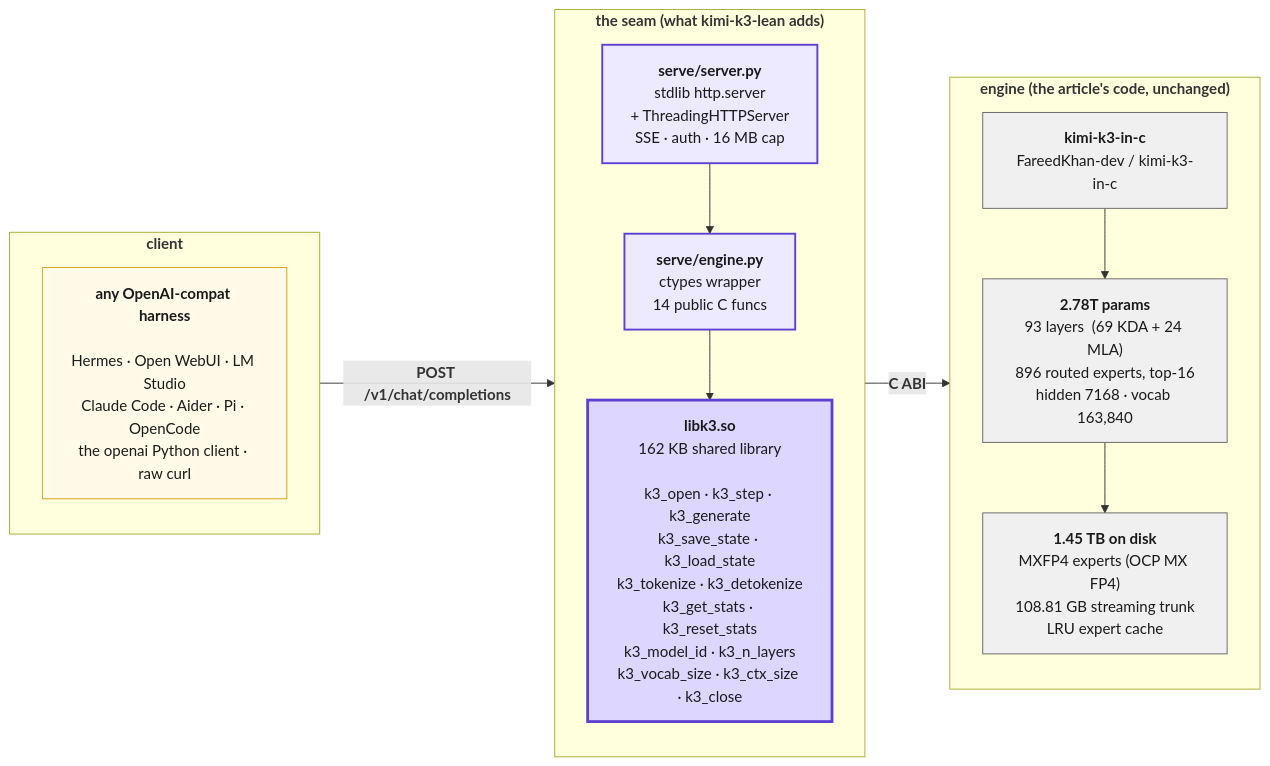
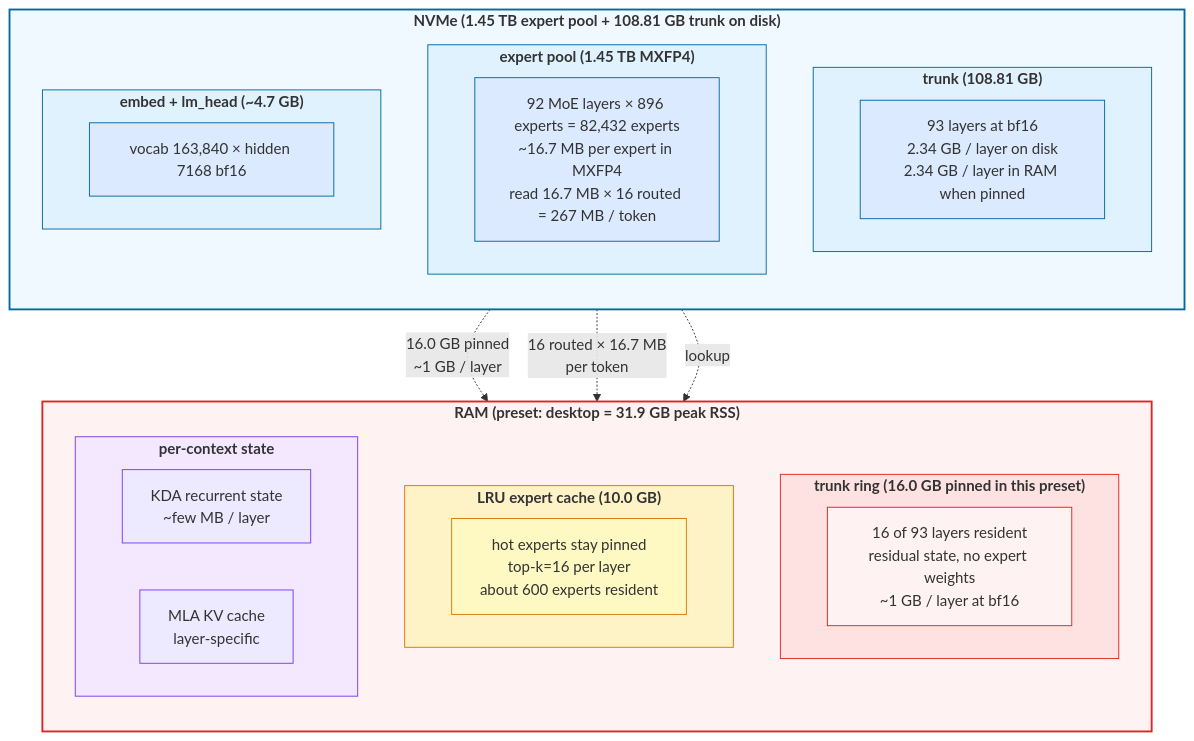
One commit to chazhyseni/kimi-k3-lean changed the second of 2 diagrams in README.md. Above: the diagram before and after it, drawn with Mermaid. The commit also changed other lines of this file, not shown here.

First line of the commit message:
Architecture: replace labels with data-dense diagrams

````diff
--- a/README.md
+++ b/README.md
@@ -143,46 +198,58 @@
 ```mermaid
 %%{init: {'theme': 'base', 'themeVariables': {
   'primaryColor': '#f5f3ff',
   'primaryBorderColor': '#5d3fd3',
   'primaryTextColor': '#1a1a1a',
   'lineColor': '#5d3fd3',
-  'tertiaryColor': '#f0fdf4',
   'fontFamily': 'Helvetica, Arial, sans-serif',
   'fontSize': '13px'
 }}%%
-flowchart LR
-    subgraph client["<b>client</b>"]
+flowchart TB
+    subgraph ram["<b>RAM   (preset: desktop = 31.9 GB peak RSS)</b>"]
         direction TB
-        h1["<b>any OpenAI-compat harness</b><br/><br/>Hermes · Open WebUI · LM Studio<br/>Claude Code · Aider · Pi · OpenCode<br/>the openai Python client · raw curl"]
-        style h1 fill:#fffbe8,stroke:#d4a017,stroke-width:1px,color:#1a1a1a
+        subgraph trunk["<b>trunk ring   (16.0 GB pinned in this preset)</b>"]
+            t1["16 of 93 layers resident<br/>residual state, no expert weights<br/>~1 GB / layer at bf16"]
+        end
+        subgraph cache["<b>LRU expert cache   (10.0 GB)</b>"]
+            c1["hot experts stay pinned<br/>top-k=16 per layer<br/>about 600 experts resident"]
+        end
+        subgraph state["<b>per-context state</b>"]
+            st1["KDA recurrent state<br/>~few MB / layer"]
+            st2["MLA KV cache<br/>layer-specific"]
+        end
+        style ram fill:#fef3f2,stroke:#dc2626,stroke-width:2px
+        style trunk fill:#fee2e2,stroke:#dc2626,stroke-width:1px
+        style cache fill:#fef3c7,stroke:#d97706,stroke-width:1px
+        style state fill:#f3e8ff,stroke:#7c3aed,stroke-width:1px
+        style t1 fill:#fef2f2,stroke:#dc2626
+        style c1 fill:#fef9c3,stroke:#d97706
+        style st1 fill:#ede9fe,stroke:#7c3aed
+        style st2 fill:#ede9fe,stroke:#7c3aed
     end
 
-    subgraph seam["<b>the seam  (what kimi-k3-lean adds)</b>"]
+    subgraph nvme["<b>NVMe   (1.45 TB expert pool + 108.81 GB trunk on disk)</b>"]
         direction TB
-        s1["<b>serve/server.py</b><br/>stdlib http.server<br/>+ ThreadingHTTPServer<br/>SSE · auth · 16 MB cap"]
-        s2["<b>serve/engine.py</b><br/>ctypes wrapper<br/>14 public C funcs"]
-        s3["<b>libk3.so</b><br/>162 KB shared library<br/><br/>k3_open · k3_step · k3_generate<br/>k3_save_state · k3_load_state<br/>k3_tokenize · k3_detokenize<br/>k3_get_stats · k3_reset_stats<br/>k3_model_id · k3_n_layers<br/>k3_vocab_size · k3_ctx_size · k3_close"]
-        s1 --> s2
-        s2 --> s3
-        style s1 fill:#ede9fe,stroke:#5d3fd3,stroke-width:2px,color:#1a1a1a
-        style s2 fill:#ede9fe,stroke:#5d3fd3,stroke-width:2px,color:#1a1a1a
-        style s3 fill:#ddd6fe,stroke:#5d3fd3,stroke-width:3px,color:#1a1a1a
+        subgraph disk_trunk["<b>trunk  (108.81 GB)</b>"]
+            dt1["93 layers at bf16<br/>2.34 GB / layer on disk<br/>2.34 GB / layer in RAM when pinned"]
+        end
+        subgraph disk_experts["<b>expert pool  (1.45 TB MXFP4)</b>"]
+            de1["92 MoE layers × 896 experts = 82,432 experts<br/>~16.7 MB per expert in MXFP4<br/>read 16.7 MB × 16 routed = 267 MB / token"]
+        end
+        subgraph disk_embed["<b>embed + lm_head  (~4.7 GB)</b>"]
+            dm1["vocab 163,840 × hidden 7168 bf16"]
+        end
+        style nvme fill:#f0f9ff,stroke:#0369a1,stroke-width:2px
+        style disk_trunk fill:#e0f2fe,stroke:#0369a1,stroke-width:1px
+        style disk_experts fill:#e0f2fe,stroke:#0369a1,stroke-width:1px
+        style disk_embed fill:#e0f2fe,stroke:#0369a1,stroke-width:1px
+        style dt1 fill:#dbeafe,stroke:#0369a1
+        style de1 fill:#dbeafe,stroke:#0369a1
+        style dm1 fill:#dbeafe,stroke:#0369a1
     end
 
-    subgraph engine["<b>engine  (the article's code, unchanged)</b>"]
-        direction TB
-        e1["<b>kimi-k3-in-c</b><br/>FareedKhan-dev / kimi-k3-in-c"]
-        e2["<b>2.78T params</b><br/>93 layers  (69 KDA + 24 MLA)<br/>896 routed experts, top-16<br/>hidden 7168 · vocab 163,840"]
-        e3["<b>1.45 TB on disk</b><br/>MXFP4 experts (OCP MX FP4)<br/>108.81 GB streaming trunk<br/>LRU expert cache"]
-        e1 --> e2 --> e3
-        style e1 fill:#f0f0f0,stroke:#666666,stroke-width:1px,color:#1a1a1a
-        style e2 fill:#f0f0f0,stroke:#666666,stroke-width:1px,color:#1a1a1a
-        style e3 fill:#f0f0f0,stroke:#666666,stroke-width:1px,color:#1a1a1a
-    end
+    disk_trunk -. "16.0 GB pinned<br/>~1 GB / layer" .-> trunk
+    disk_experts -. "16 routed × 16.7 MB"<br/>per token .-> cache
+    disk_embed -. "lookup" .-> state
 
-    h1 -->|<b>POST /v1/chat/completions</b>| s1
-    s3 -->|<b>C ABI</b>| e1
-
-    click e1 "https://github.com/FareedKhan-dev/kimi-k3-in-c" "view the engine on GitHub"
-    click e3 "https://github.com/FareedKhan-dev/kimi-k3-in-c/blob/main/docs/PERFORMANCE.md" "the article's measured data"
+    click disk_experts "https://github.com/FareedKhan-dev/kimi-k3-in-c/blob/main/docs/PERFORMANCE.md" "the article's measured data"
 ```
````
